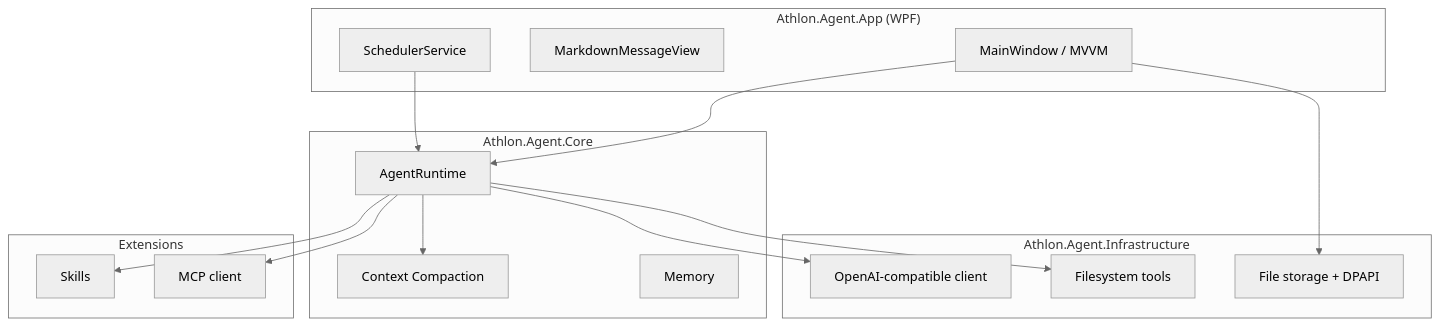
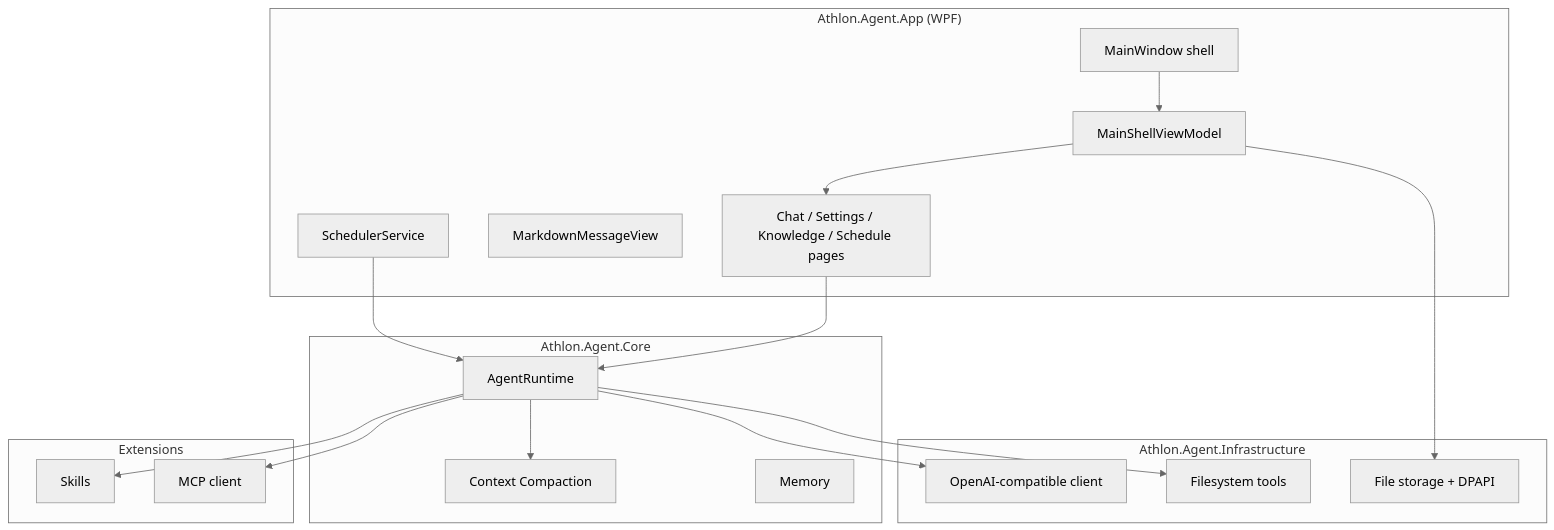
The diagram in README.md (karsonto/athlon-work), drawn with Mermaid (neutral theme) before and after one commit. The commit also changed other lines of this file and 51 other files, not shown here.

Commit message:
feat: shell-navigation refactor — split MainWindow into dedicated pages with navigation service

````diff
--- a/README.md
+++ b/README.md
@@ -120,34 +120,38 @@
 ```mermaid
 flowchart TB
     subgraph UI["Athlon.Agent.App (WPF)"]
-        MW[MainWindow / MVVM]
+        MW[MainWindow shell]
+        ShellVm[MainShellViewModel]
+        Pages[Chat / Settings / Knowledge / Schedule pages]
         MD[MarkdownMessageView]
         SCH[SchedulerService]
     end
 
     subgraph Core["Athlon.Agent.Core"]
         RT[AgentRuntime]
         CMP[Context Compaction]
         MEM[Memory]
     end
 
     subgraph Infra["Athlon.Agent.Infrastructure"]
         LLM[OpenAI-compatible client]
         TOOLS[Filesystem tools]
         STORE[File storage + DPAPI]
     end
 
     subgraph Ext["Extensions"]
         SK[Skills]
         MCP[MCP client]
     end
 
-    MW --> RT
+    MW --> ShellVm
+    ShellVm --> Pages
+    Pages --> RT
     SCH --> RT
     RT --> LLM
     RT --> TOOLS
     RT --> SK
     RT --> MCP
     RT --> CMP
-    MW --> STORE
+    ShellVm --> STORE
 ```
````
